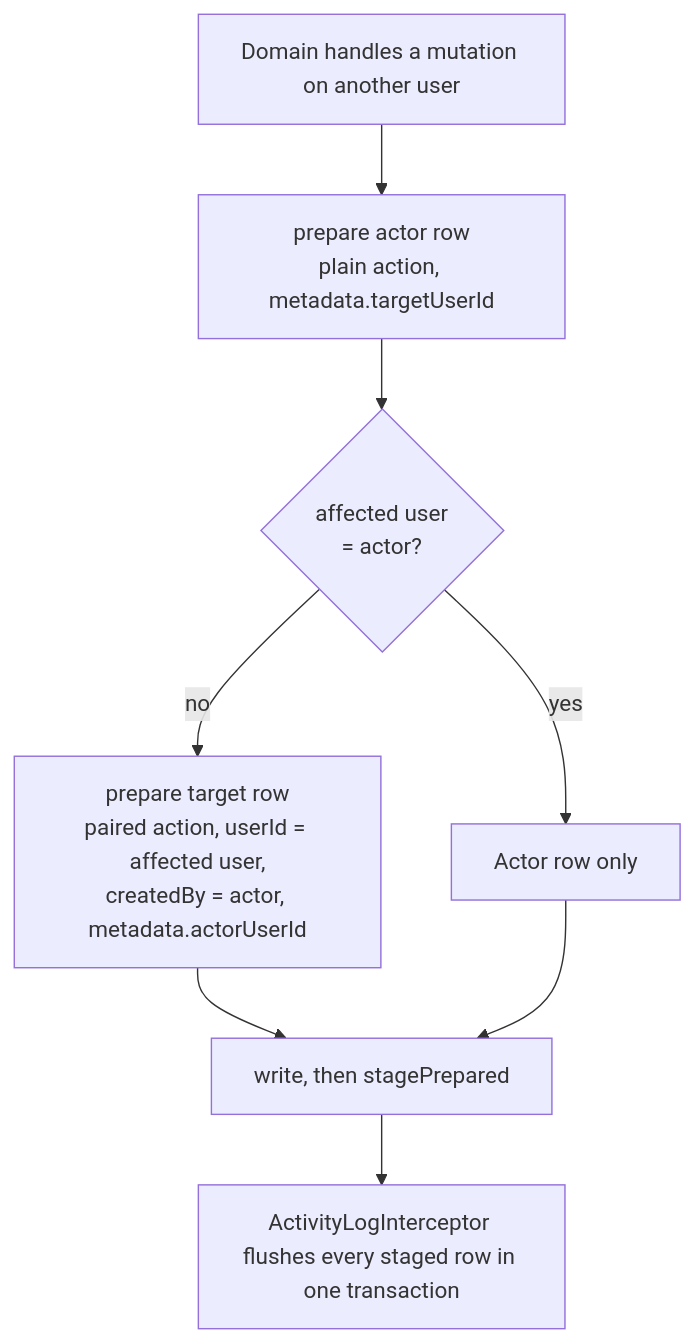
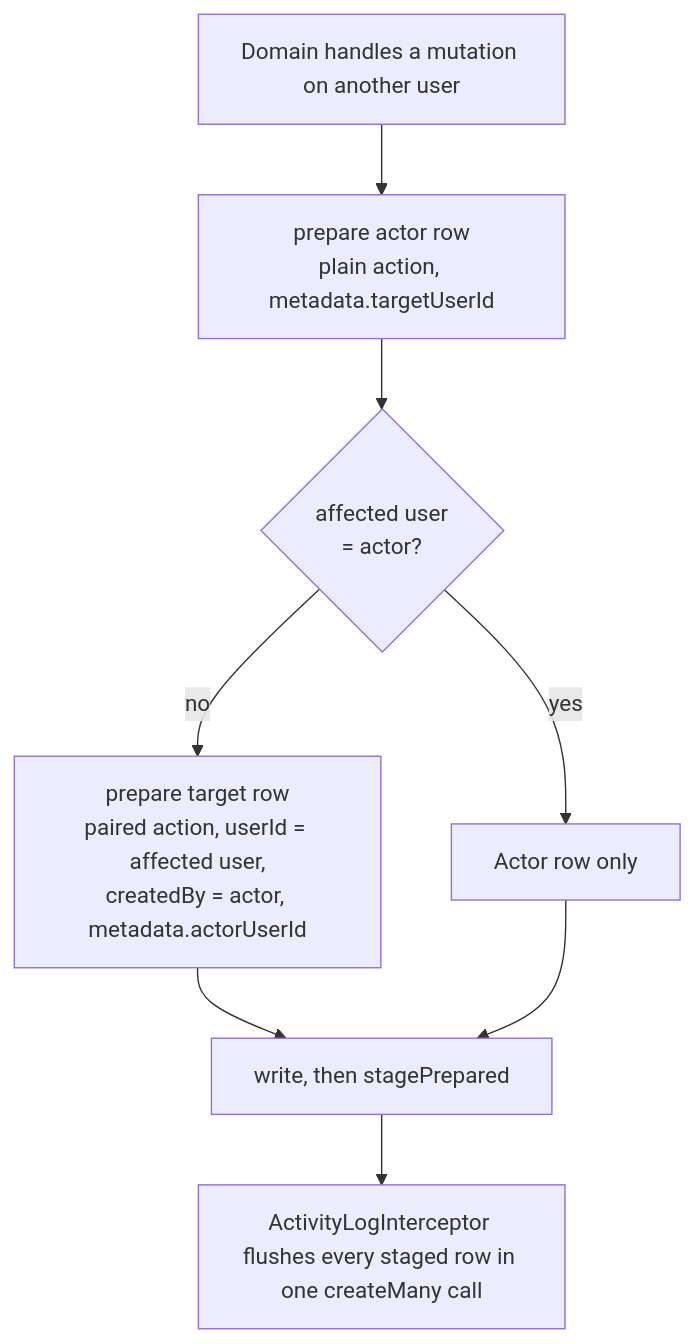
Before and after one commit to andrechristikan/ack-nestjs-boilerplate: the second of 2 diagrams in docs/activity-log.md, drawn with Mermaid. The commit also changed other lines of this file and 1193 other files, not shown here.

````diff
--- a/docs/activity-log.md
+++ b/docs/activity-log.md
@@ -177,10 +178,10 @@
 ```mermaid
 flowchart TD
     A[Domain handles a mutation on another user] --> B["prepare actor row<br/>plain action, metadata.targetUserId"]
     B --> C{"affected user<br/>= actor?"}
     C -->|yes| E[Actor row only]
     C -->|no| D["prepare target row<br/>paired action, userId = affected user,<br/>createdBy = actor, metadata.actorUserId"]
     D --> G[write, then stagePrepared]
     E --> G
-    G --> F[ActivityLogInterceptor flushes every staged row in one transaction]
+    G --> F[ActivityLogInterceptor flushes every staged row in one createMany call]
 ```
````
